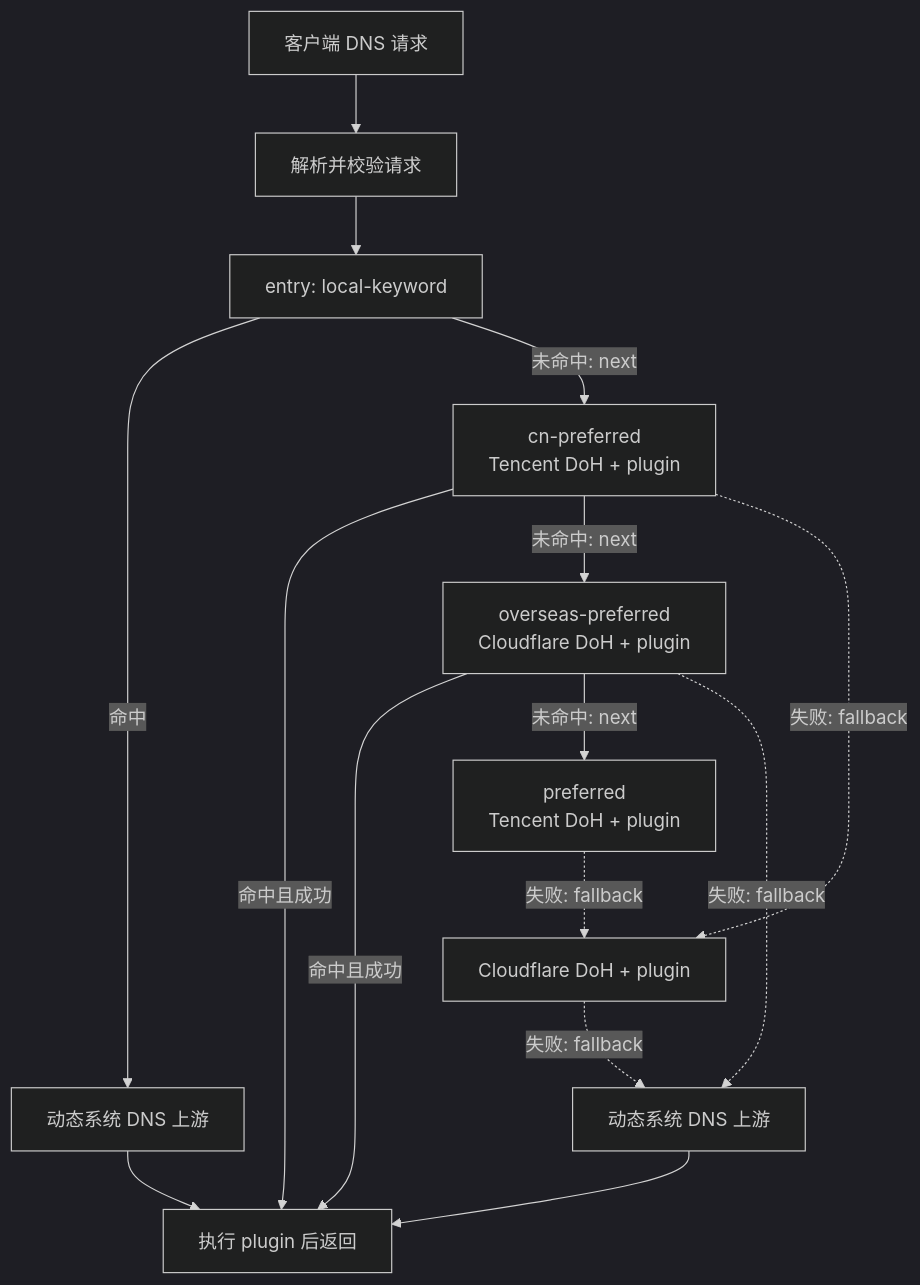
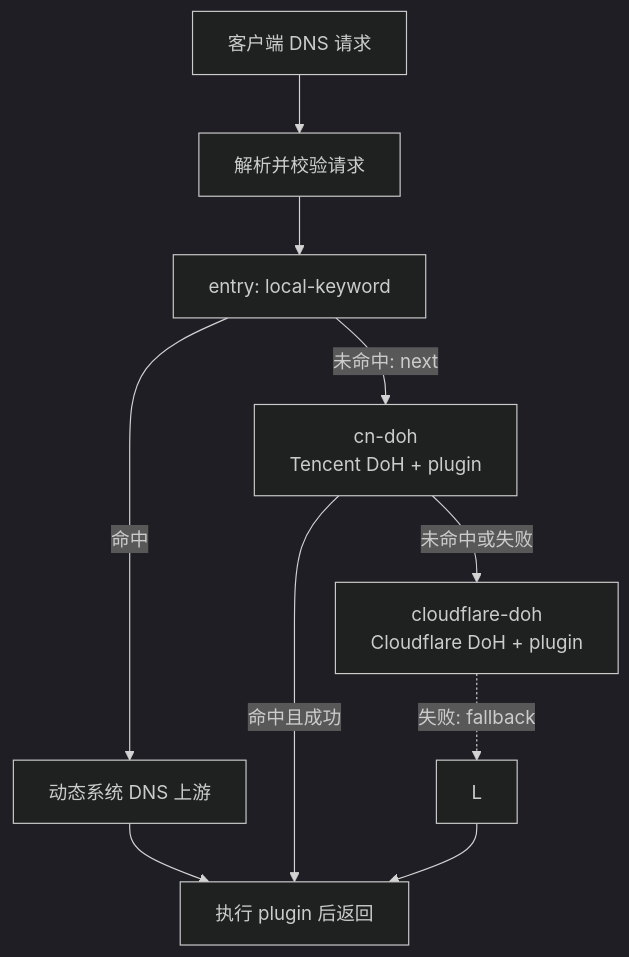
Before and after one commit to Fuxx-1/EdgeSteer: the diagram in docs/zh/architecture.md, drawn with Mermaid (dark theme). The commit also changed other lines of this file and 14 other files, not shown here.

````diff
--- a/docs/zh/architecture.md
+++ b/docs/zh/architecture.md
@@ -9,17 +9,12 @@
 ```mermaid
 flowchart TB
     C["客户端 DNS 请求"] --> P["解析并校验请求"]
     P --> E["entry: local-keyword"]
     E -->|"命中"| K["动态系统 DNS 上游"]
-    E -->|"未命中: next"| CN["cn-preferred<br/>Tencent DoH + plugin"]
+    E -->|"未命中: next"| CN["cn-doh<br/>Tencent DoH + plugin"]
     CN -->|"命中且成功"| O["执行 plugin 后返回"]
-    CN -->|"未命中: next"| OS["overseas-preferred<br/>Cloudflare DoH + plugin"]
-    CN -. "失败: fallback" .-> D["Cloudflare DoH + plugin"]
-    OS -->|"命中且成功"| O
-    OS -->|"未命中: next"| DF["preferred<br/>Tencent DoH + plugin"]
-    OS -. "失败: fallback" .-> L["动态系统 DNS 上游"]
-    DF -. "失败: fallback" .-> D
+    CN -->|"未命中或失败"| D["cloudflare-doh<br/>Cloudflare DoH + plugin"]
     D -. "失败: fallback" .-> L
     K --> O
     L --> O
 ```
````
